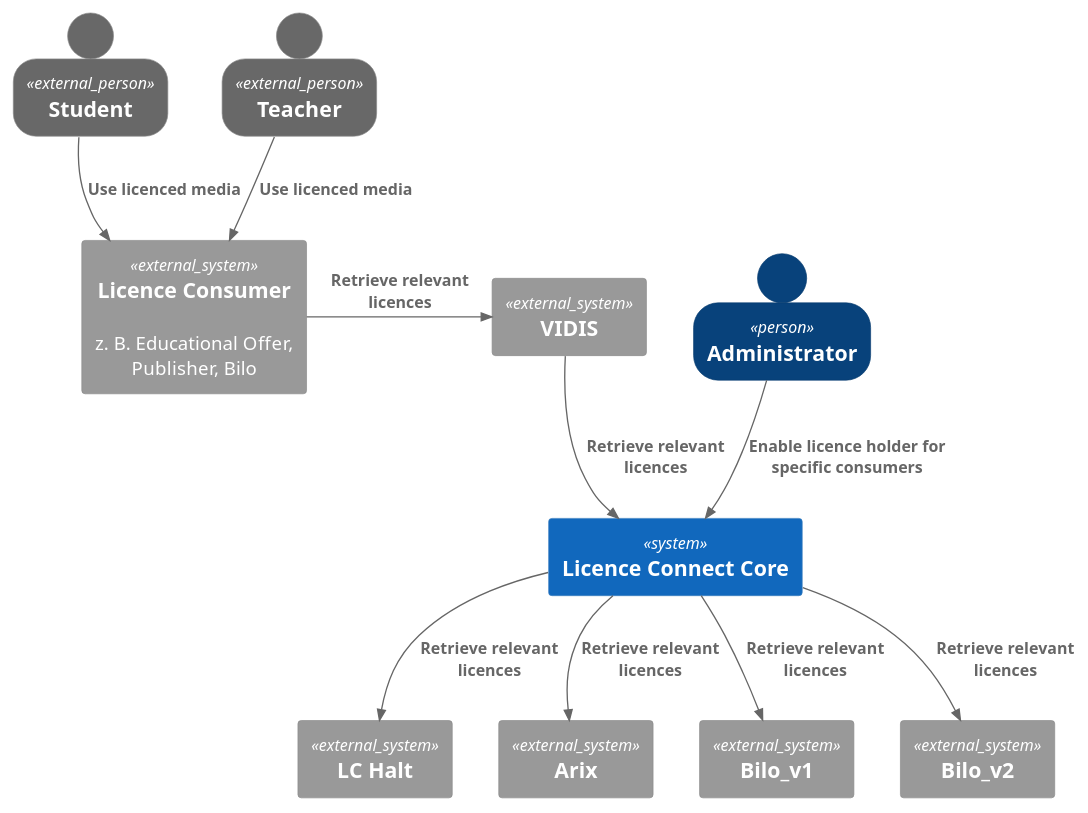
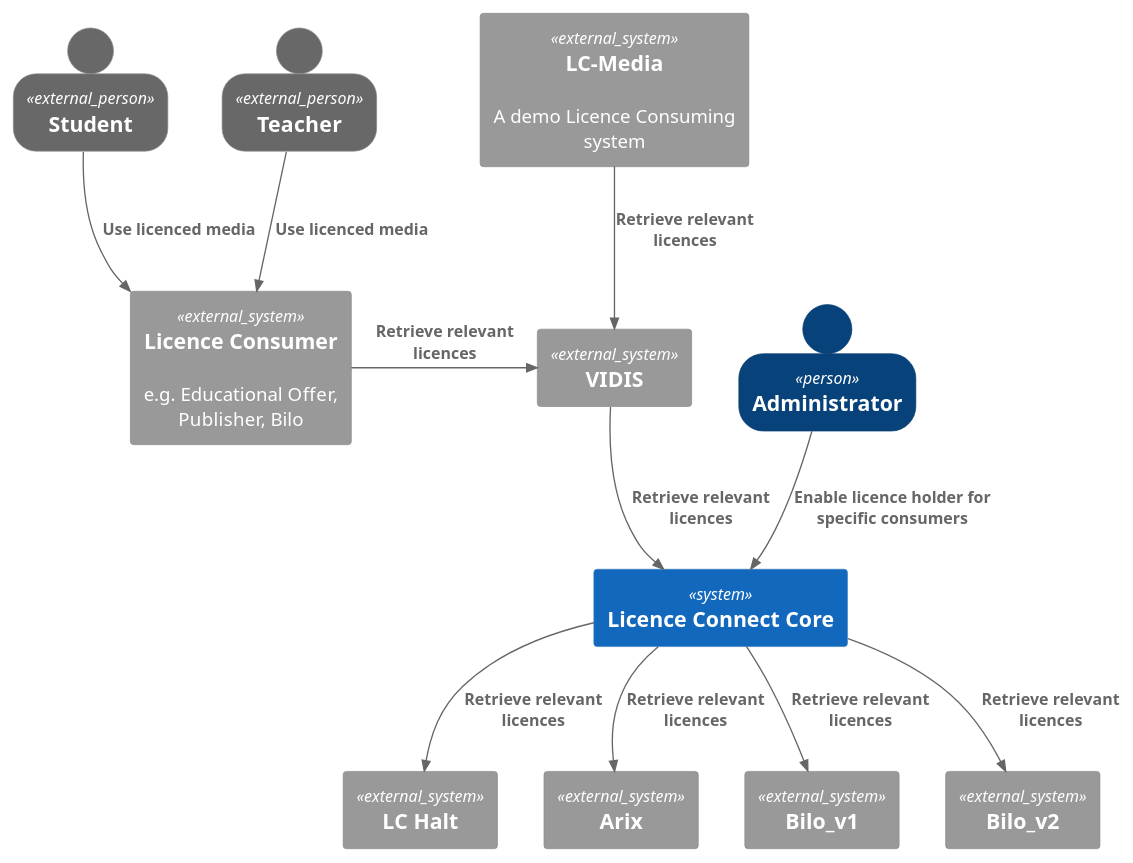
One commit to FWU-DE/licence-connect changed the diagram in doc/src/03_context_and_scope/index.adoc. Above: the diagram before and after it, drawn with PlantUML. The commit also changed other lines of this file, not shown here.

Commit message:
docs: update context and scope section, add lc media

```diff
--- a/doc/src/03_context_and_scope/index.adoc
+++ b/doc/src/03_context_and_scope/index.adoc
@@ -8,33 +8,36 @@
 [plantuml]
 ----
 @startuml Context_and_Scope
 !include <C4/C4_Container>
 SHOW_PERSON_OUTLINE()
 
 Person_Ext(student, "Student", "")
 Person_Ext(teacher, "Teacher", "")
 Person(admin, "Administrator", "")
 
-System_Ext(licence_consumer, "Licence Consumer", "z. B. Educational Offer, Publisher, Bilo")
+System_Ext(licence_consumer, "Licence Consumer", "e.g. Educational Offer, Publisher, Bilo")
 System_Ext(vidis, "VIDIS", "")
+
+System_Ext(lcmedia, "LC-Media", "A demo Licence Consuming system")
 
 System(lc, "Licence Connect Core", "")
 
 System_Ext(lchalt, "LC Halt", "")
 System_Ext(arix, "Arix", "")
 System_Ext(bilo_v1, "Bilo_v1", "")
 System_Ext(bilo_v2, "Bilo_v2", "")
 
 Rel(student, licence_consumer, "Use licenced media", "")
 Rel(teacher, licence_consumer, "Use licenced media", "")
+Rel(lcmedia, vidis, "Retrieve relevant licences", "")
 Rel_R(licence_consumer, vidis, "Retrieve relevant licences", "")
 Rel(vidis, lc, "Retrieve relevant licences", "")
 Rel(lc, lchalt, "Retrieve relevant licences","")
 Rel(lc, arix, "Retrieve relevant licences","")
 Rel(lc, bilo_v1, "Retrieve relevant licences","")
 Rel(lc, bilo_v2, "Retrieve relevant licences","")
 
 Rel(admin, lc, "Enable licence holder for specific consumers")
 
 @enduml
 ----
```
